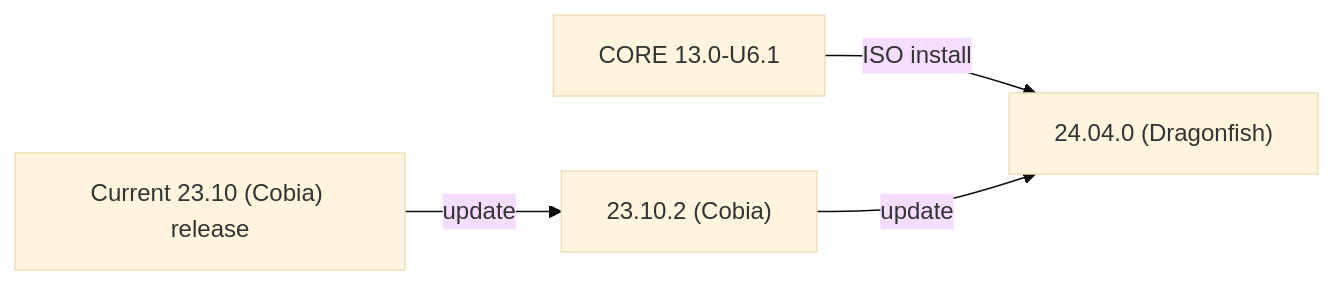
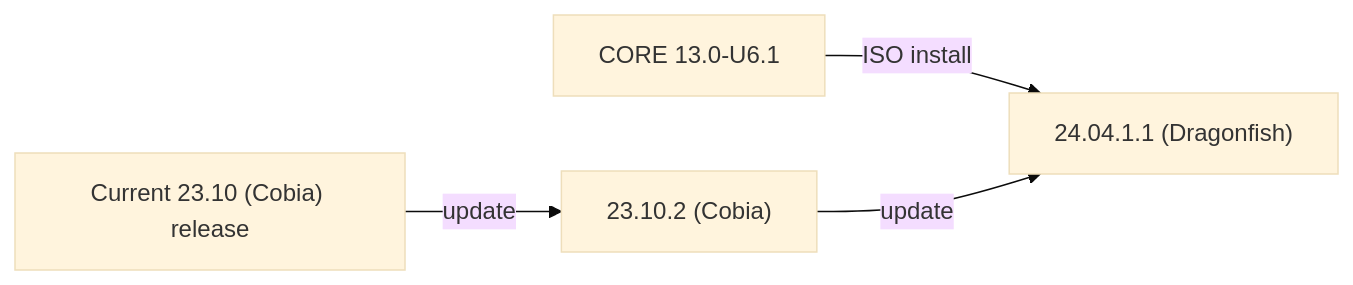
The second of 2 diagrams in static/includes/SCALEUpgradePaths.md (truenas/documentation), drawn with Mermaid (base theme) before and after one commit. The commit also changed other lines of this file, not shown here.

```diff
--- a/static/includes/SCALEUpgradePaths.md
+++ b/static/includes/SCALEUpgradePaths.md
@@ -23,7 +23,7 @@
       {{< mermaid class="mermaid_sizing" >}}
       flowchart LR
         A["CORE 13.0-U6.1"] -->|ISO install| D
         B["Current 23.10 (Cobia) release"] -->|update| C
         C["23.10.2 (Cobia)"] -->|update| D
-        D["24.04.0 (Dragonfish)"]
+        D["24.04.1.1 (Dragonfish)"]
       {{< /mermaid >}}
```
